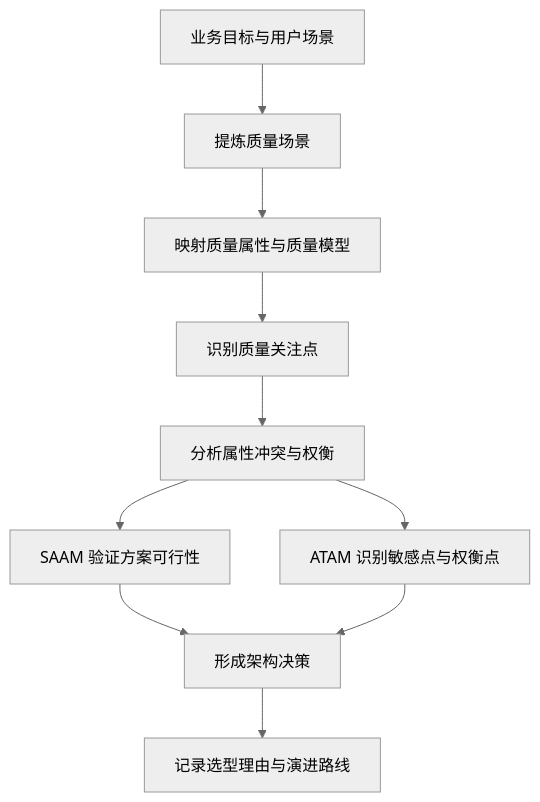
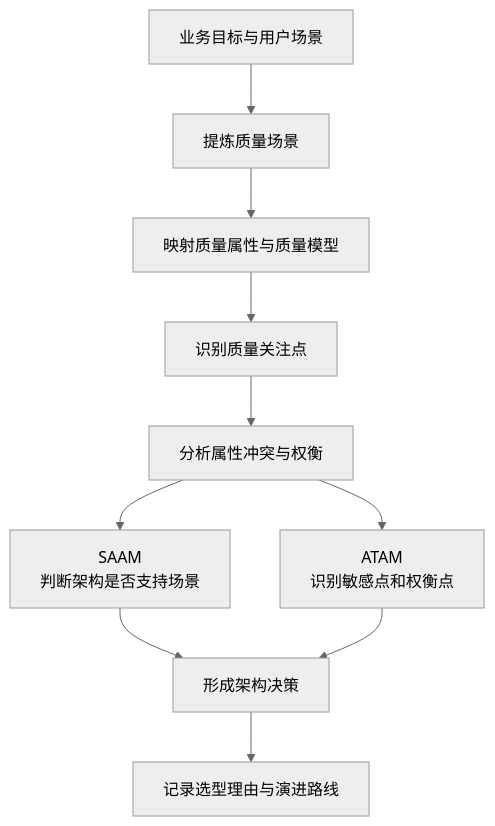
Before and after one commit to crashingby/homepage: the first of 4 diagrams in src/content/blog/Software-Construction/Chap05.md, drawn with Mermaid (neutral theme). The commit also changed other lines of this file and 6 other files, not shown here.

````diff
--- a/src/content/blog/Software-Construction/Chap05.md
+++ b/src/content/blog/Software-Construction/Chap05.md
@@ -16,12 +14,12 @@
 ```mermaid
 flowchart TD
-  A["业务目标与用户场景"] --> B["提炼质量场景"]
-  B --> C["映射质量属性与质量模型"]
-  C --> D["识别质量关注点"]
-  D --> E["分析属性冲突与权衡"]
-  E --> F["SAAM 验证方案可行性"]
-  E --> G["ATAM 识别敏感点与权衡点"]
-  F --> H["形成架构决策"]
-  G --> H
-  H --> I["记录选型理由与演进路线"]
+  Goal["业务目标与用户场景"] --> Scenario["提炼质量场景"]
+  Scenario --> Model["映射质量属性与质量模型"]
+  Model --> Concern["识别质量关注点"]
+  Concern --> Conflict["分析属性冲突与权衡"]
+  Conflict --> SAAM["SAAM<br/>判断架构是否支持场景"]
+  Conflict --> ATAM["ATAM<br/>识别敏感点和权衡点"]
+  SAAM --> Decision["形成架构决策"]
+  ATAM --> Decision
+  Decision --> ADR["记录选型理由与演进路线"]
 ```
````
